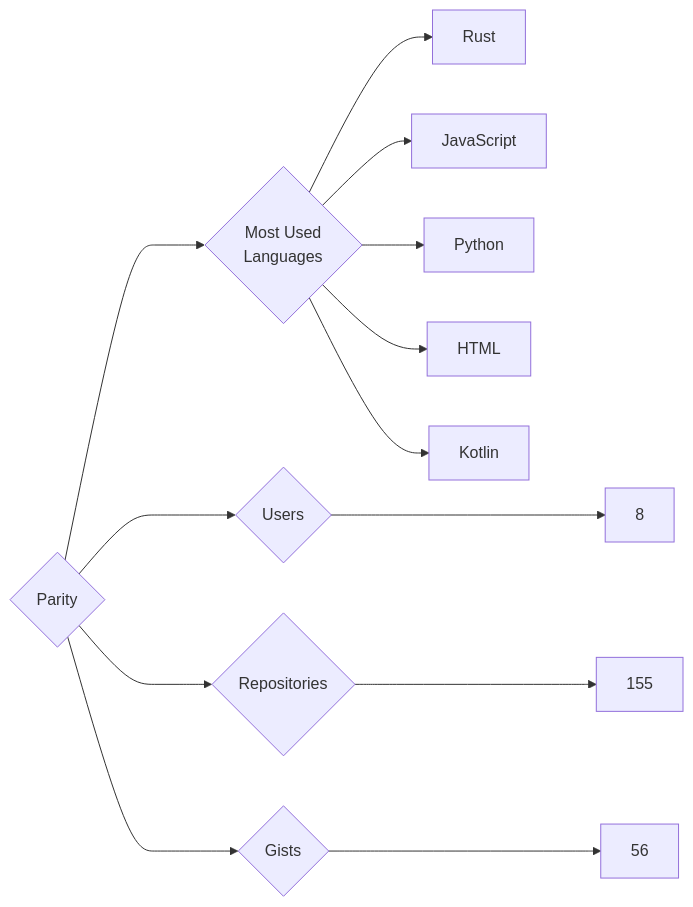
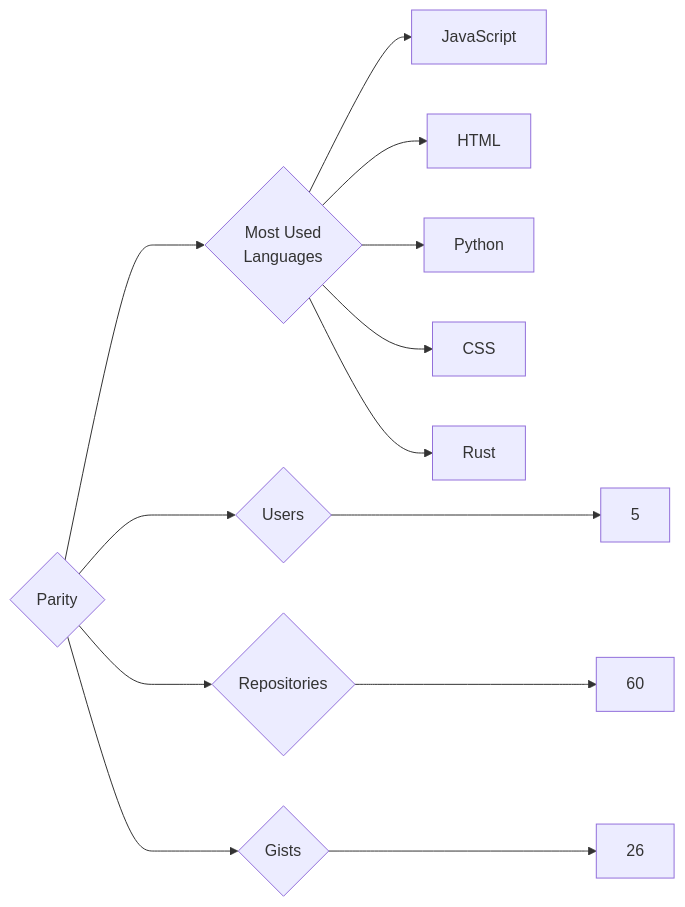
Before and after one commit to trickest/insiders: the diagram in targets/Parity/README.md, drawn with Mermaid. The commit also changed 815 other files, not shown here.

````diff
--- a/targets/Parity/README.md
+++ b/targets/Parity/README.md
@@ -3,13 +3,13 @@
 ```mermaid
 graph LR
 COMPANY_NAME{Parity}
-COMPANY_NAME ---> U{Users} ---> UN[8]
-COMPANY_NAME ---> R{Repositories} ---> RN[155]
-COMPANY_NAME ---> G{Gists} ---> GN[56]
+COMPANY_NAME ---> U{Users} ---> UN[5]
+COMPANY_NAME ---> R{Repositories} ---> RN[60]
+COMPANY_NAME ---> G{Gists} ---> GN[26]
 COMPANY_NAME ---> ML{Most Used<br>Languages}
+ML --> JavaScript[JavaScript]
+ML --> HTML[HTML]
+ML --> Python[Python]
+ML --> CSS[CSS]
 ML --> Rust[Rust]
-ML --> JavaScript[JavaScript]
-ML --> Python[Python]
-ML --> HTML[HTML]
-ML --> Kotlin[Kotlin]
 ```
````
